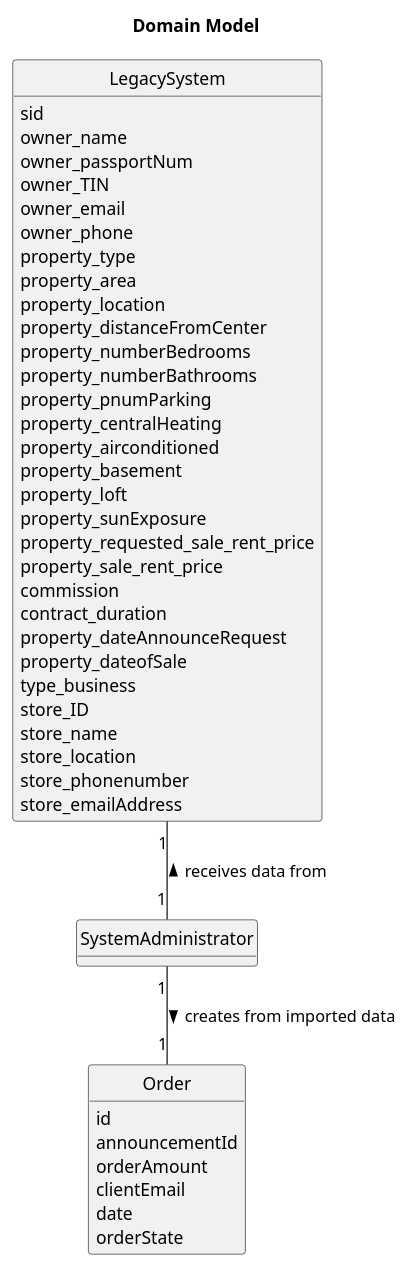
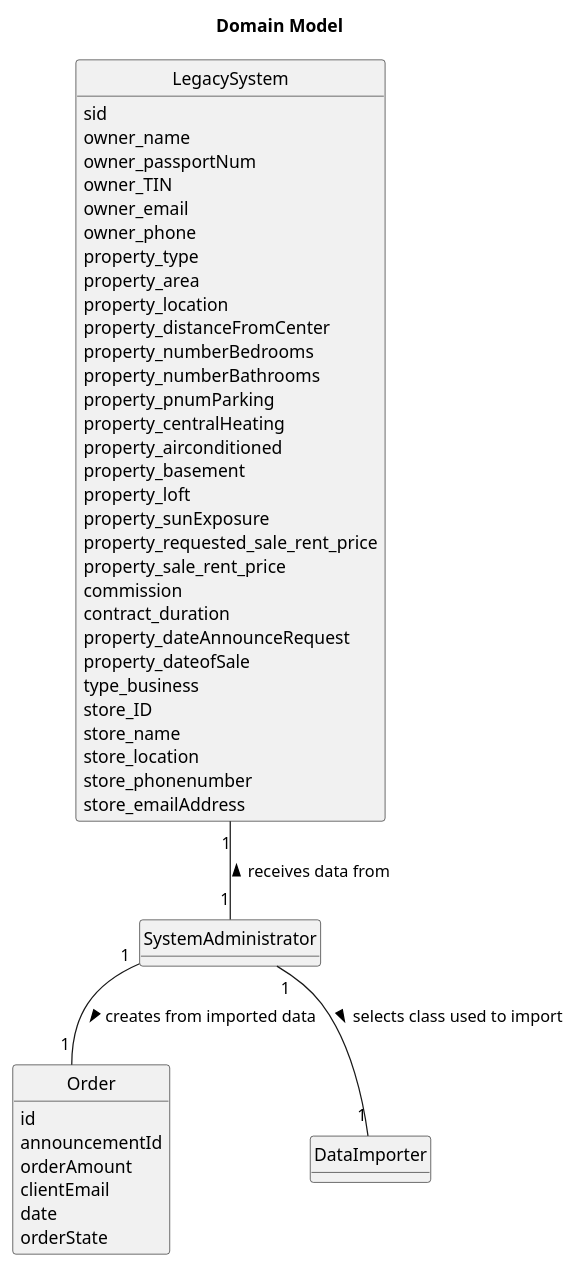
Before and after one commit to Goncalves2525/real-estate-management-system: the diagram in docs/sprintD/us012/02.analysis/puml/us012-domain-model.puml, drawn with PlantUML. The commit also changed 12 other files, not shown here.

```diff
--- a/docs/sprintD/us012/02.analysis/puml/us012-domain-model.puml
+++ b/docs/sprintD/us012/02.analysis/puml/us012-domain-model.puml
@@ -1,61 +1,64 @@
 @startuml
 skinparam monochrome true
 skinparam packageStyle rectangle
 skinparam shadowing false
 
 'left to right direction
 
 skinparam classAttributeIconSize 0
 
 hide circle
 hide methods
 
 title Domain Model
 
 class Order{
     id
     announcementId
     orderAmount
     clientEmail
     date
     orderState
 }
 
 class LegacySystem{
     sid
     owner_name
     owner_passportNum
     owner_TIN
     owner_email
     owner_phone
     property_type
     property_area
     property_location
     property_distanceFromCenter
     property_numberBedrooms
     property_numberBathrooms
     property_pnumParking
     property_centralHeating
     property_airconditioned
     property_basement
     property_loft
     property_sunExposure
     property_requested_sale_rent_price
     property_sale_rent_price
     commission
     contract_duration
     property_dateAnnounceRequest
     property_dateofSale
     type_business
     store_ID
     store_name
     store_location
     store_phonenumber
     store_emailAddress
 }
 
+class DataImporter{
+}
 
 LegacySystem "1" -- "1" SystemAdministrator : receives data from <
 SystemAdministrator "1" -- "1" Order : creates from imported data >
+SystemAdministrator "1" -- "1" DataImporter : selects class used to import >
 
 @enduml
```
